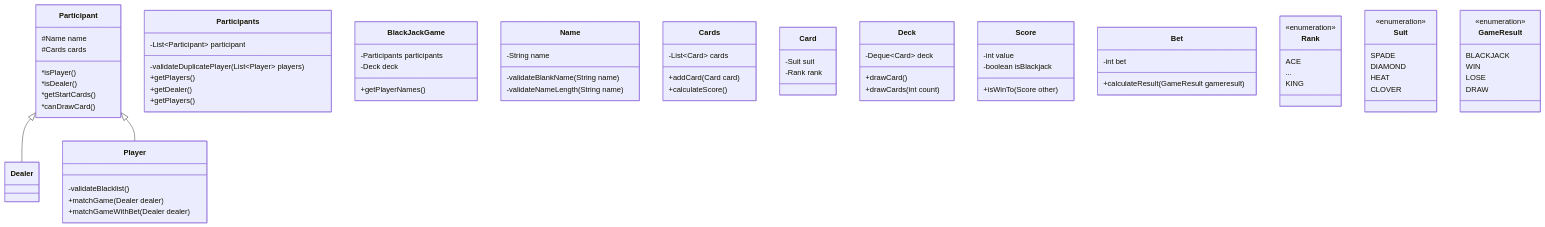
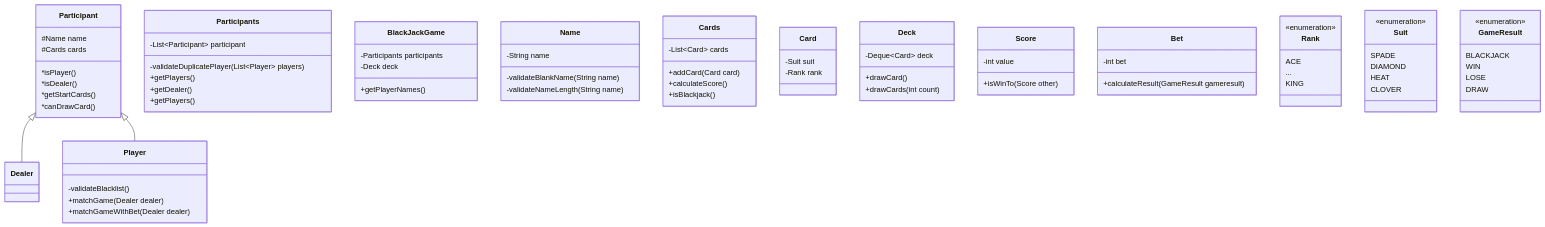
The diagram in README.md (woowacourse/java-blackjack), drawn with Mermaid before and after one commit.

Commit message:
docs: mermaid 수정사항 반영

````diff
--- a/README.md
+++ b/README.md
@@ -9,81 +9,81 @@
 ```mermaid
 classDiagram
     Participant <|-- Dealer
     Participant <|-- Player
     class Participant {
         #Name name
         #Cards cards
         *isPlayer()
         *isDealer()
         *getStartCards()
         *canDrawCard()
     }
     class Dealer {
         
     }
     class Player {
         -validateBlacklist()
         +matchGame(Dealer dealer)
         +matchGameWithBet(Dealer dealer)
     }
     class Participants {
         -List~Participant~ participant
         -validateDuplicatePlayer(List~Player~ players)
         +getPlayers()
         +getDealer()
         +getPlayers()
     }
     class BlackJackGame {
         -Participants participants
         -Deck deck
         +getPlayerNames()
     }
     class Name {
         -String name
         -validateBlankName(String name)
         -validateNameLength(String name)
     }
     class Cards {
         -List~Card~ cards
         +addCard(Card card)
         +calculateScore()
+        +isBlackjack()
     }
     class Card {
         -Suit suit
         -Rank rank
     }
     class Deck {
         -Deque~Card~ deck
         +drawCard()
         +drawCards(int count)
     }
     class Score {
         -int value
-        -boolean isBlackjack
         +isWinTo(Score other)
     }
     class Bet {
         -int bet
         +calculateResult(GameResult gameresult)
     }
     class Rank {
         <<enumeration>>
         ACE
         ...
         KING
     }
     class Suit {
         <<enumeration>>
         SPADE
         DIAMOND
         HEAT
         CLOVER
     }
     class GameResult {
         <<enumeration>>
         BLACKJACK
         WIN
         LOSE
         DRAW
     }
 ```
````
